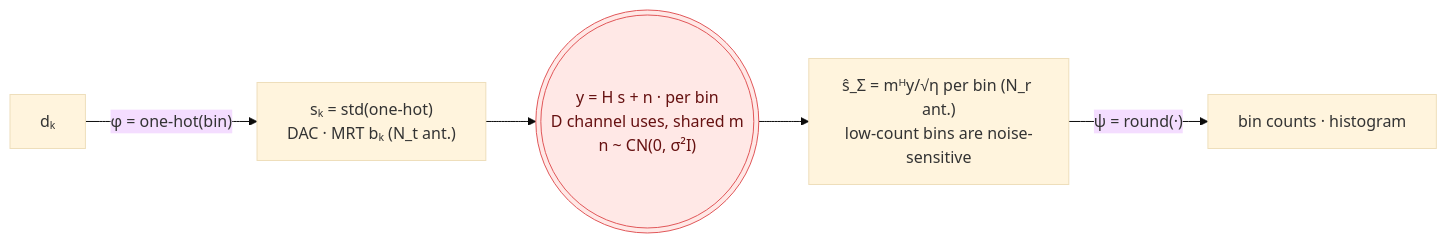
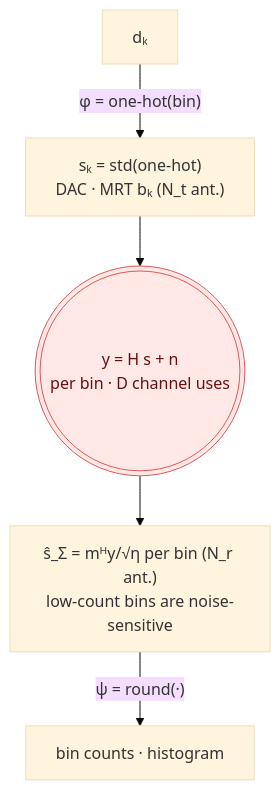
Diagram 11 of 13 in README.md (wincle626/OverAirCompute), drawn with Mermaid (base theme) before and after one commit. The commit also changed other lines of this file, not shown here.

````diff
--- a/README.md
+++ b/README.md
@@ -435,9 +435,9 @@
 ```mermaid
-flowchart LR
+flowchart TD
     d["dₖ"] -->|"φ = one-hot(bin)"| tx["sₖ = std(one-hot)<br/>DAC · MRT bₖ (N_t ant.)"]
-    tx --> y((("y = H s + n  ·  per bin<br/>D channel uses, shared m<br/>n ~ CN(0, σ²I)")))
+    tx --> y((("y = H s + n<br/>per bin · D channel uses")))
     y --> rx["ŝ_Σ = mᴴy/√η per bin (N_r ant.)<br/>low-count bins are noise-sensitive"]
     rx -->|"ψ = round(·)"| r["bin counts  ·  histogram"]
     classDef hot fill:#ffe8e6,stroke:#E15759,color:#611;
     class y hot;
 ```
````
